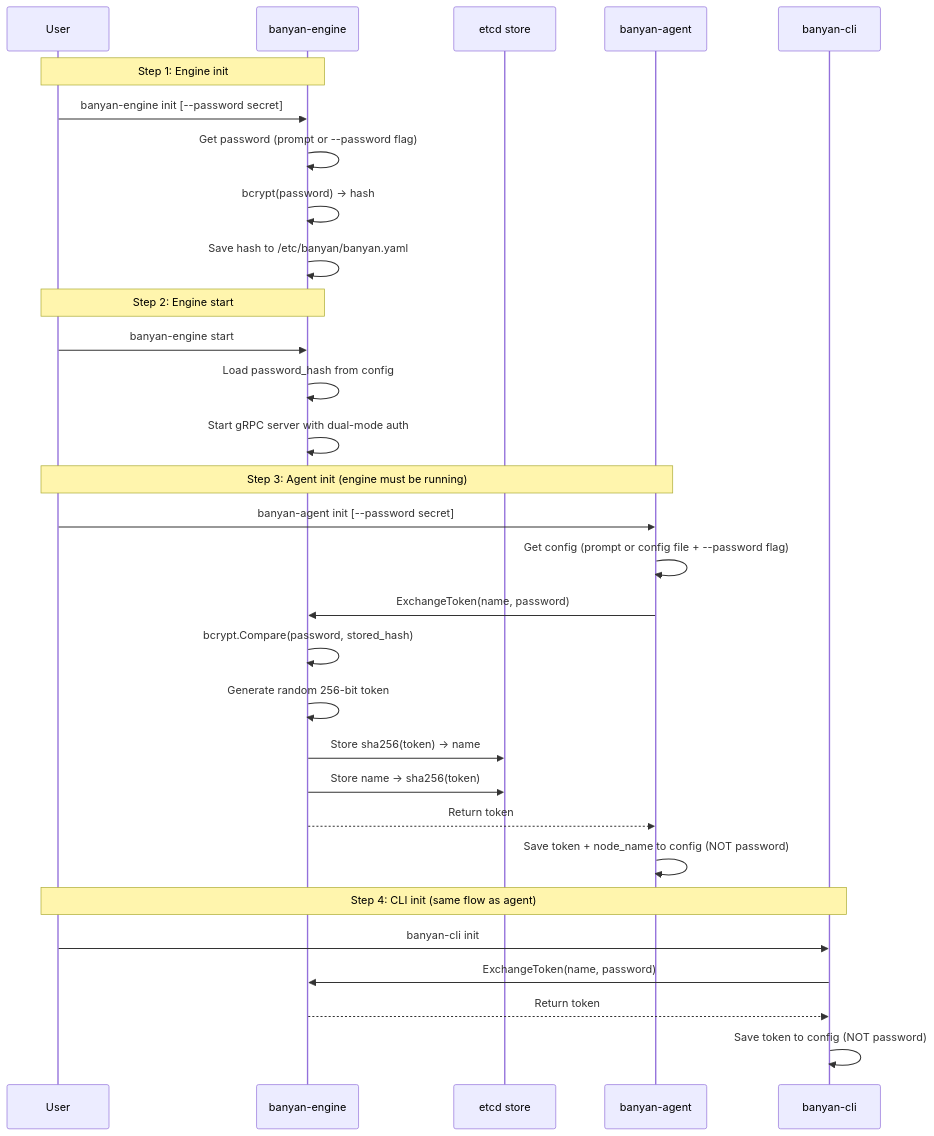
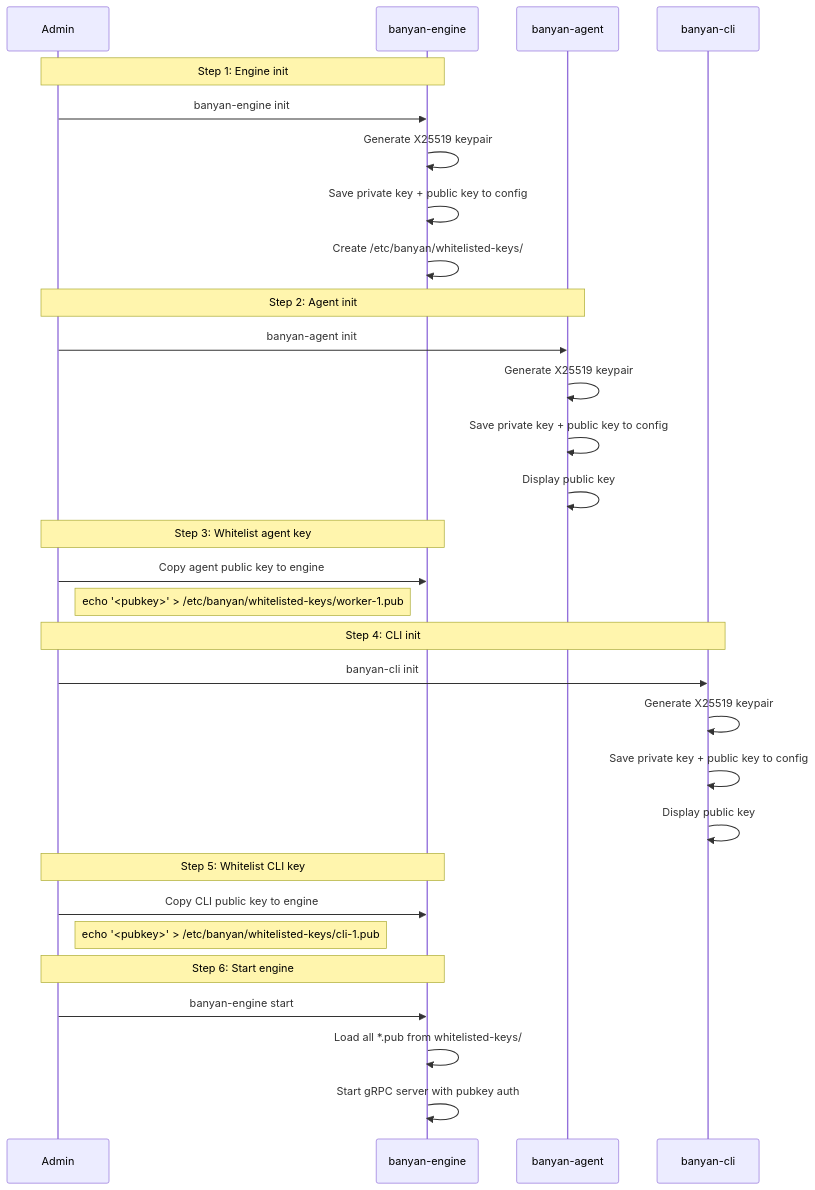
The first of 4 diagrams in website/src/content/docs/guides/authentication.md (fertile-org/banyan), drawn with Mermaid before and after one commit. The commit also changed other lines of this file and 76 other files, not shown here.

First line of the commit message:
Replace password auth with WireGuard, fix proxy and selective deploy

````diff
--- a/website/src/content/docs/guides/authentication.md
+++ b/website/src/content/docs/guides/authentication.md
@@ -32,36 +32,38 @@
 ```mermaid
 sequenceDiagram
-    participant User
+    participant Admin
     participant Engine as banyan-engine
-    participant etcd as etcd store
     participant Agent as banyan-agent
     participant CLI as banyan-cli
 
-    Note over User,Engine: Step 1: Engine init
-    User->>Engine: banyan-engine init [--password secret]
-    Engine->>Engine: Get password (prompt or --password flag)
-    Engine->>Engine: bcrypt(password) → hash
-    Engine->>Engine: Save hash to /etc/banyan/banyan.yaml
+    Note over Admin,Engine: Step 1: Engine init
+    Admin->>Engine: banyan-engine init
+    Engine->>Engine: Generate X25519 keypair
+    Engine->>Engine: Save private key + public key to config
+    Engine->>Engine: Create /etc/banyan/whitelisted-keys/
 
-    Note over User,Engine: Step 2: Engine start
-    User->>Engine: banyan-engine start
-    Engine->>Engine: Load password_hash from config
-    Engine->>Engine: Start gRPC server with dual-mode auth
+    Note over Admin,Agent: Step 2: Agent init
+    Admin->>Agent: banyan-agent init
+    Agent->>Agent: Generate X25519 keypair
+    Agent->>Agent: Save private key + public key to config
+    Agent->>Agent: Display public key
 
-    Note over User,Agent: Step 3: Agent init (engine must be running)
-    User->>Agent: banyan-agent init [--password secret]
-    Agent->>Agent: Get config (prompt or config file + --password flag)
-    Agent->>Engine: ExchangeToken(name, password)
-    Engine->>Engine: bcrypt.Compare(password, stored_hash)
-    Engine->>Engine: Generate random 256-bit token
-    Engine->>etcd: Store sha256(token) → name
-    Engine->>etcd: Store name → sha256(token)
-    Engine-->>Agent: Return token
-    Agent->>Agent: Save token + node_name to config (NOT password)
+    Note over Admin,Engine: Step 3: Whitelist agent key
+    Admin->>Engine: Copy agent public key to engine
+    Note right of Admin: echo '<pubkey>' > /etc/banyan/whitelisted-keys/worker-1.pub
 
-    Note over User,CLI: Step 4: CLI init (same flow as agent)
-    User->>CLI: banyan-cli init
-    CLI->>Engine: ExchangeToken(name, password)
-    Engine-->>CLI: Return token
-    CLI->>CLI: Save token to config (NOT password)
+    Note over Admin,CLI: Step 4: CLI init
+    Admin->>CLI: banyan-cli init
+    CLI->>CLI: Generate X25519 keypair
+    CLI->>CLI: Save private key + public key to config
+    CLI->>CLI: Display public key
+
+    Note over Admin,Engine: Step 5: Whitelist CLI key
+    Admin->>Engine: Copy CLI public key to engine
+    Note right of Admin: echo '<pubkey>' > /etc/banyan/whitelisted-keys/cli-1.pub
+
+    Note over Admin,Engine: Step 6: Start engine
+    Admin->>Engine: banyan-engine start
+    Engine->>Engine: Load all *.pub from whitelisted-keys/
+    Engine->>Engine: Start gRPC server with pubkey auth
 ```
````
